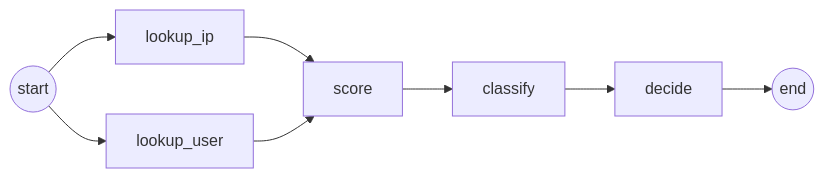
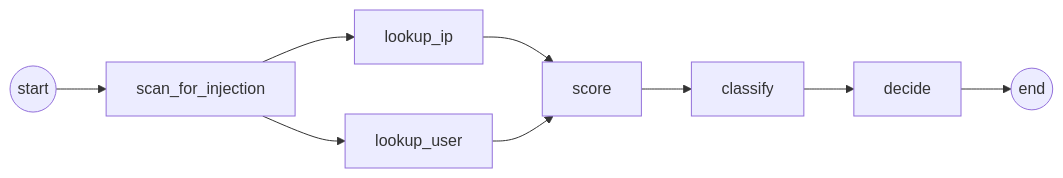
The second of 3 diagrams in docs/03-lld/02-workflows.md (KunalKumarSwift/SentinelFlow), drawn with Mermaid before and after one commit. The commit also changed other lines of this file and 15 other files, not shown here.

````diff
--- a/docs/03-lld/02-workflows.md
+++ b/docs/03-lld/02-workflows.md
@@ -71,9 +71,10 @@
 ```mermaid
 flowchart LR
-    S((start)) --> IP[lookup_ip]
-    S --> USR[lookup_user]
+    S((start)) --> SCAN[scan_for_injection]
+    SCAN --> IP[lookup_ip]
+    SCAN --> USR[lookup_user]
     IP & USR --> SCORE[score]
     SCORE --> CLS[classify]
     CLS --> DEC[decide]
     DEC --> E((end))
 ```
````
